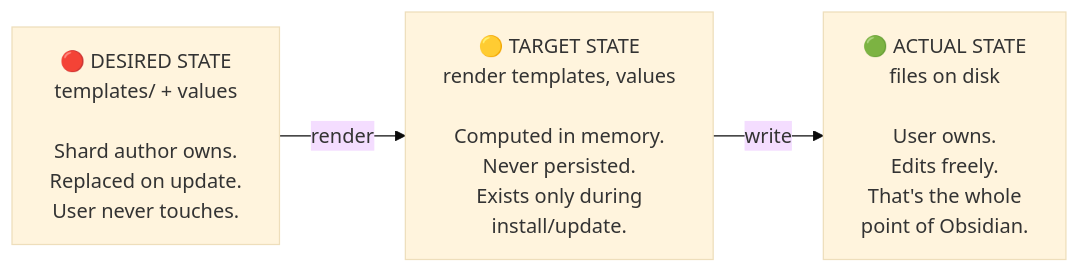
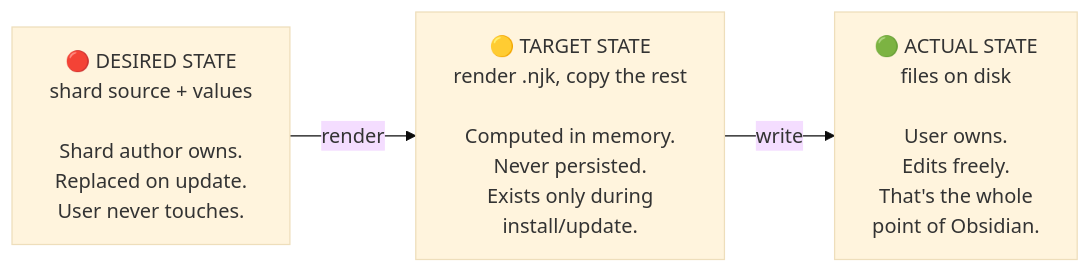
Before and after one commit to breferrari/shardmind: the first of 2 diagrams in docs/ARCHITECTURE.md, drawn with Mermaid (base theme). The commit also changed other lines of this file and 1 other file, not shown here.

First line of the commit message:
docs: describe the v6 shard layout in ARCHITECTURE and AUTHORING

````diff
--- a/docs/ARCHITECTURE.md
+++ b/docs/ARCHITECTURE.md
@@ -34,8 +34,8 @@
 ```mermaid
 graph LR
-    D["🔴 DESIRED STATE\ntemplates/ + values\n\nShard author owns.\nReplaced on update.\nUser never touches."]
-    T["🟡 TARGET STATE\nrender templates, values\n\nComputed in memory.\nNever persisted.\nExists only during\ninstall/update."]
+    D["🔴 DESIRED STATE\nshard source + values\n\nShard author owns.\nReplaced on update.\nUser never touches."]
+    T["🟡 TARGET STATE\nrender .njk, copy the rest\n\nComputed in memory.\nNever persisted.\nExists only during\ninstall/update."]
     A["🟢 ACTUAL STATE\nfiles on disk\n\nUser owns.\nEdits freely.\nThat's the whole\npoint of Obsidian."]
 
     D -->|render| T -->|write| A
 ```
````
